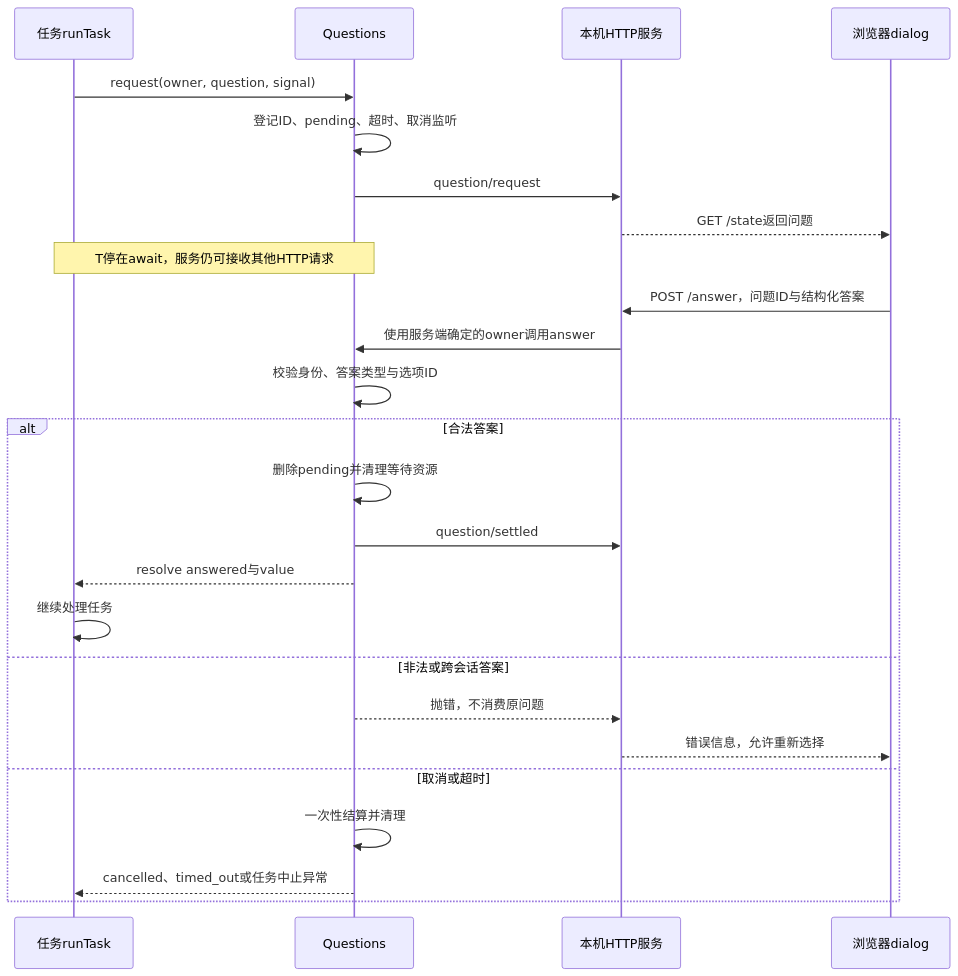
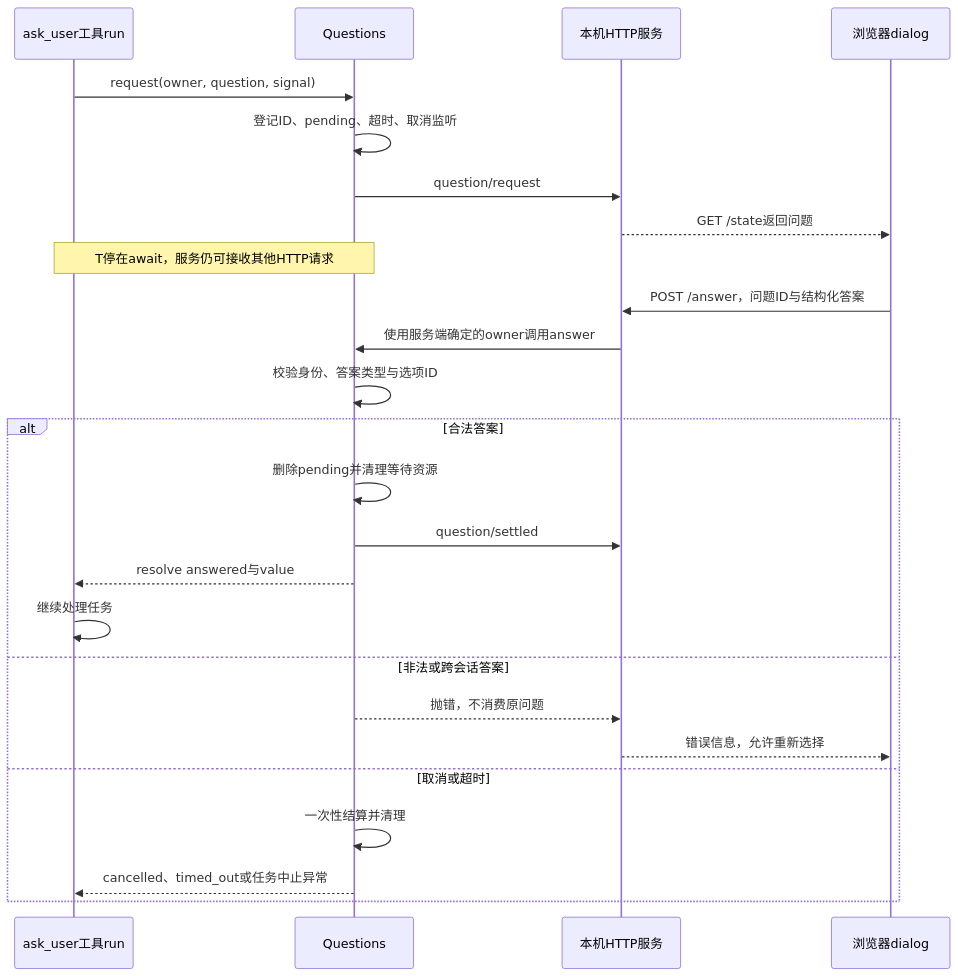
The second of 6 diagrams in tutorial/linear/supplements/023-user-questions.md (dddddd889/deepseek-harness-demo), drawn with Mermaid before and after one commit. The commit also changed other lines of this file, not shown here.

Commit message:
docs: 对齐问答概览图中的实际工具等待位置

````diff
--- a/tutorial/linear/supplements/023-user-questions.md
+++ b/tutorial/linear/supplements/023-user-questions.md
@@ -100,27 +100,27 @@
 ```mermaid
 sequenceDiagram
-    participant T as 任务runTask
+    participant T as ask_user工具run
     participant Q as Questions
     participant H as 本机HTTP服务
     participant P as 浏览器dialog
     T->>Q: request(owner, question, signal)
     Q->>Q: 登记ID、pending、超时、取消监听
     Q->>H: question/request
     H-->>P: GET /state返回问题
     Note over T,Q: T停在await，服务仍可接收其他HTTP请求
     P->>H: POST /answer，问题ID与结构化答案
     H->>Q: 使用服务端确定的owner调用answer
     Q->>Q: 校验身份、答案类型与选项ID
     alt 合法答案
         Q->>Q: 删除pending并清理等待资源
         Q->>H: question/settled
         Q-->>T: resolve answered与value
         T->>T: 继续处理任务
     else 非法或跨会话答案
         Q-->>H: 抛错，不消费原问题
         H-->>P: 错误信息，允许重新选择
     else 取消或超时
         Q->>Q: 一次性结算并清理
         Q-->>T: cancelled、timed_out或任务中止异常
     end
 ```
````
